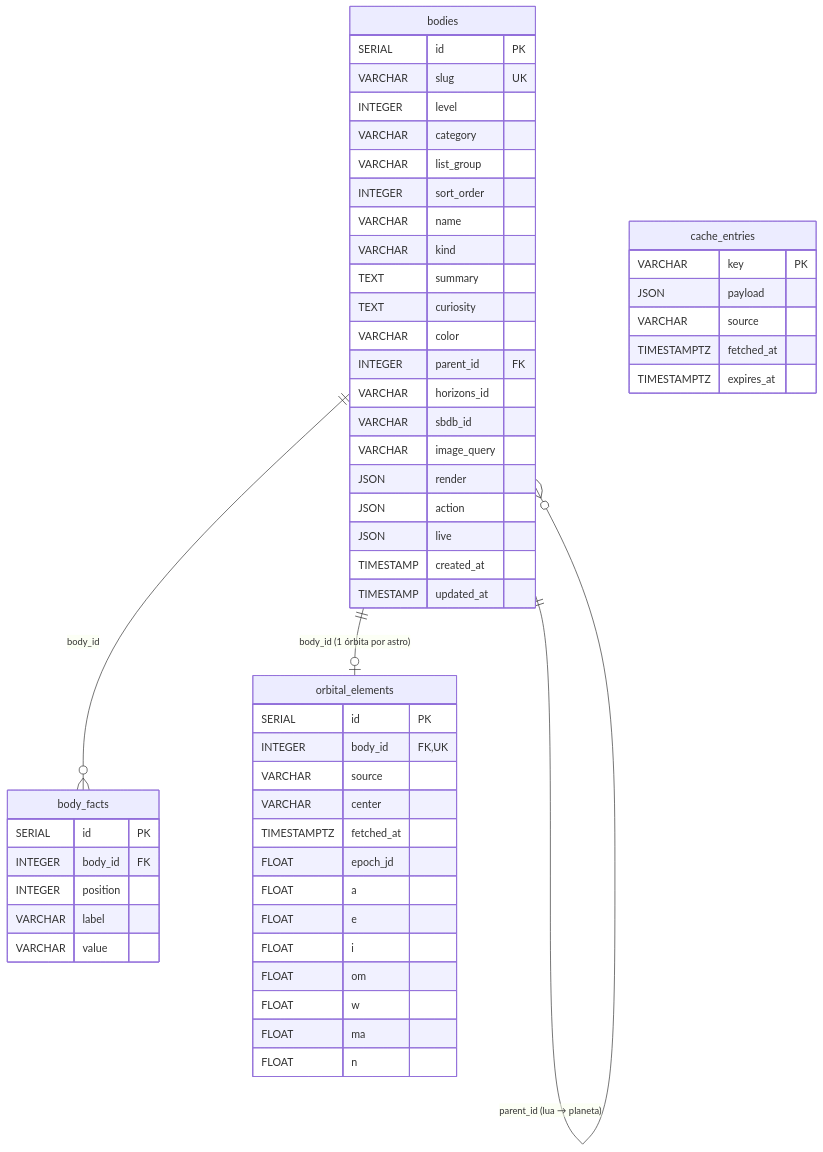
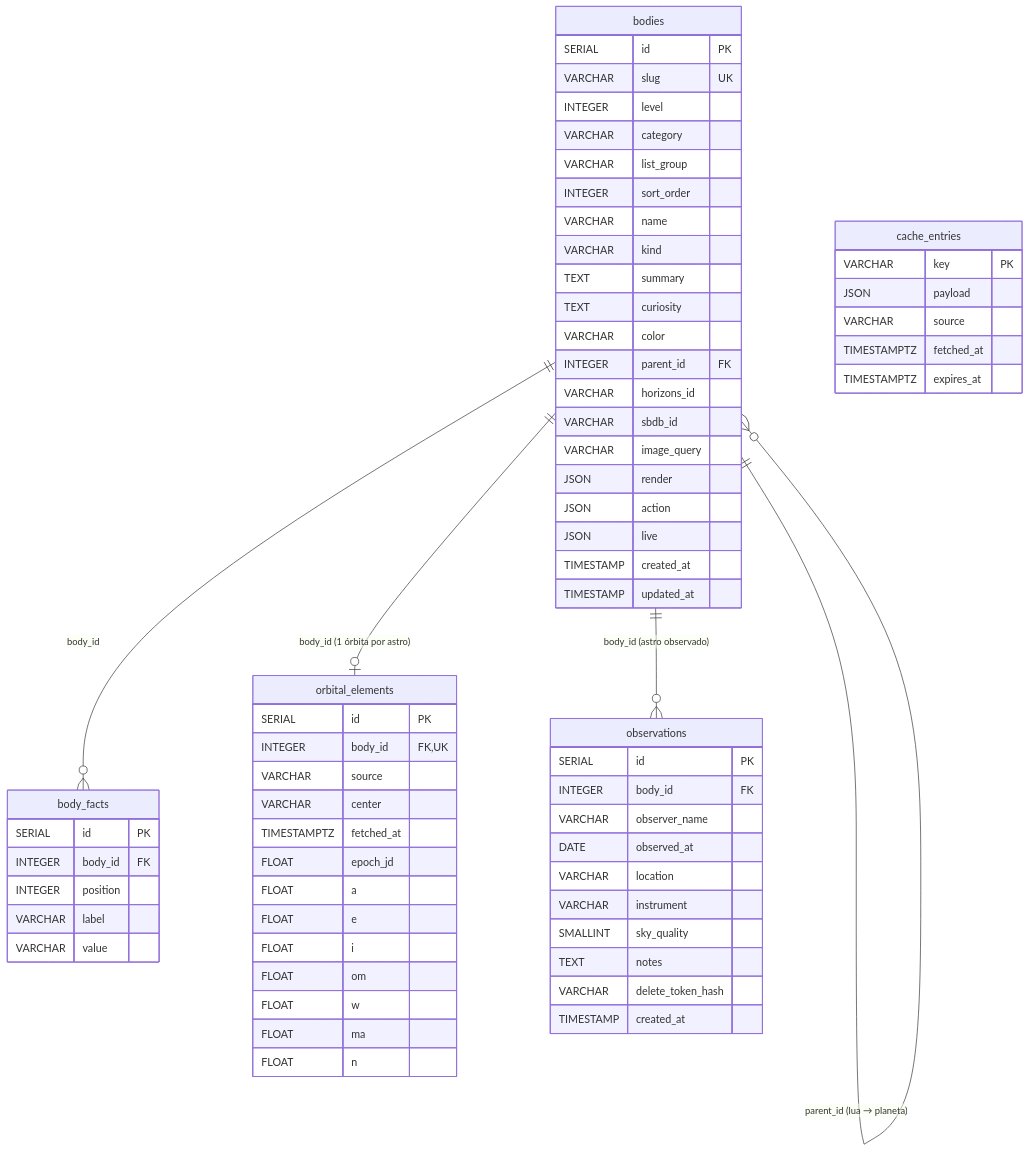
The diagram in docs/banco.md (anacarlavelten/atlas_dos_cosmos), drawn with Mermaid before and after one commit. The commit also changed other lines of this file and 58 other files, not shown here.

````diff
--- a/docs/banco.md
+++ b/docs/banco.md
@@ -19,58 +20,71 @@
 ```mermaid
 erDiagram
     bodies ||--o{ bodies : "parent_id (lua → planeta)"
     bodies ||--o{ body_facts : "body_id"
     bodies ||--o| orbital_elements : "body_id (1 órbita por astro)"
+    bodies ||--o{ observations : "body_id (astro observado)"
 
     bodies {
         SERIAL id PK
         VARCHAR slug UK
         INTEGER level
         VARCHAR category
         VARCHAR list_group
         INTEGER sort_order
         VARCHAR name
         VARCHAR kind
         TEXT summary
         TEXT curiosity
         VARCHAR color
         INTEGER parent_id FK
         VARCHAR horizons_id
         VARCHAR sbdb_id
         VARCHAR image_query
         JSON render
         JSON action
         JSON live
         TIMESTAMP created_at
         TIMESTAMP updated_at
     }
     body_facts {
         SERIAL id PK
         INTEGER body_id FK
         INTEGER position
         VARCHAR label
         VARCHAR value
     }
     orbital_elements {
         SERIAL id PK
         INTEGER body_id FK,UK
         VARCHAR source
         VARCHAR center
         TIMESTAMPTZ fetched_at
         FLOAT epoch_jd
         FLOAT a
         FLOAT e
         FLOAT i
         FLOAT om
         FLOAT w
         FLOAT ma
         FLOAT n
     }
     cache_entries {
         VARCHAR key PK
         JSON payload
         VARCHAR source
         TIMESTAMPTZ fetched_at
         TIMESTAMPTZ expires_at
     }
+    observations {
+        SERIAL id PK
+        INTEGER body_id FK
+        VARCHAR observer_name
+        DATE observed_at
+        VARCHAR location
+        VARCHAR instrument
+        SMALLINT sky_quality
+        TEXT notes
+        VARCHAR delete_token_hash
+        TIMESTAMP created_at
+    }
 ```
````
